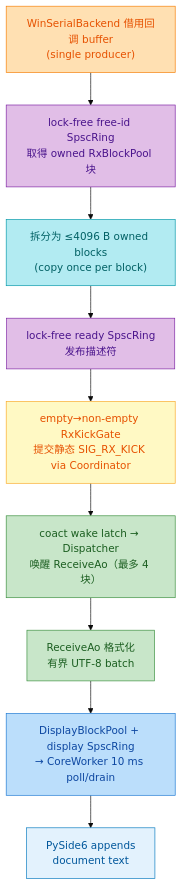
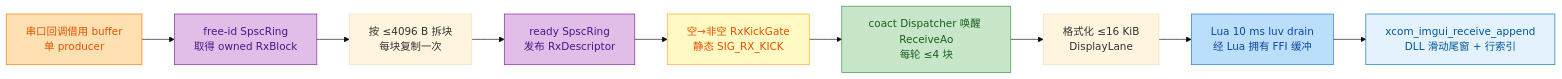
One commit to DeguiLiu/xcom_lua changed the second of 3 diagrams in docs/performance.md. Above: the diagram before and after it, drawn with Mermaid. The commit also changed other lines of this file and 24 other files, not shown here.

````diff
--- a/docs/performance.md
+++ b/docs/performance.md
@@ -150,32 +121,20 @@
 ```mermaid
 %%{init: {'theme': 'base'}}%%
-flowchart TD
-    A["WinSerialBackend 借用回调 buffer<br/>(single producer)"]
-    B["lock-free free-id SpscRing<br/>取得 owned RxBlockPool 块"]
-    C["拆分为 ≤4096 B owned blocks<br/>(copy once per block)"]
-    D["lock-free ready SpscRing<br/>发布描述符"]
-    E["empty→non-empty RxKickGate<br/>提交静态 SIG_RX_KICK via Coordinator"]
-    F["coact wake latch → Dispatcher<br/>唤醒 ReceiveAo（最多 4 块）"]
-    G["ReceiveAo 格式化<br/>有界 UTF-8 batch"]
-    H["DisplayBlockPool + display SpscRing<br/>→ CoreWorker 10 ms poll/drain"]
-    I["PySide6 appends<br/>document text"]
-
-    A --> B
-    B --> C
-    C --> D
-    D --> E
-    E --> F
-    F --> G
-    G --> H
-    H --> I
+flowchart LR
+    A["串口回调借用 buffer<br/>单 producer"] --> B["free-id SpscRing<br/>取得 owned RxBlock"]
+    B --> C["按 ≤4096 B 拆块<br/>每块复制一次"]
+    C --> D["ready SpscRing<br/>发布 RxDescriptor"]
+    D --> E["空→非空 RxKickGate<br/>静态 SIG_RX_KICK"]
+    E --> F["coact Dispatcher 唤醒 ReceiveAo<br/>每轮 ≤4 块"]
+    F --> G["格式化 ≤16 KiB<br/>DisplayLane"]
+    G --> H["Lua 10 ms luv drain<br/>经 Lua 拥有 FFI 缓冲"]
+    H --> I["xcom_imgui_receive_append<br/>DLL 滑动尾窗 + 行索引"]
 
     style A fill:#ffe0b2,stroke:#f57c00,color:#e65100
     style B fill:#e1bee7,stroke:#7b1fa2,color:#4a148c
-    style C fill:#b2ebf2,stroke:#0097a7,color:#006064
     style D fill:#e1bee7,stroke:#7b1fa2,color:#4a148c
     style E fill:#fff9c4,stroke:#f9a825,color:#e65100
     style F fill:#c8e6c9,stroke:#388e3c,color:#1b5e20
-    style G fill:#c8e6c9,stroke:#388e3c,color:#1b5e20
     style H fill:#bbdefb,stroke:#1976d2,color:#0d47a1
     style I fill:#e3f2fd,stroke:#0277bd,color:#01579b
 ```
````
